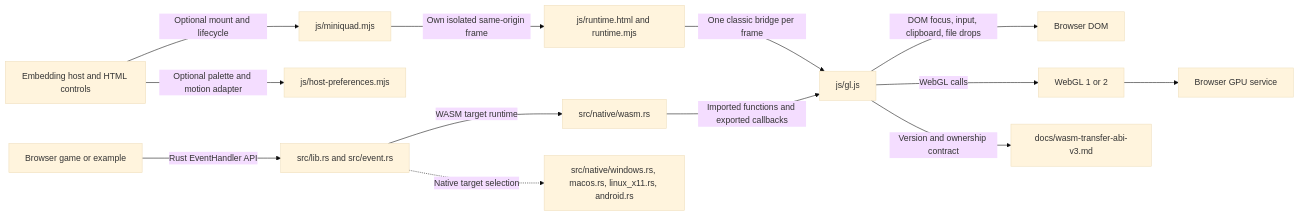
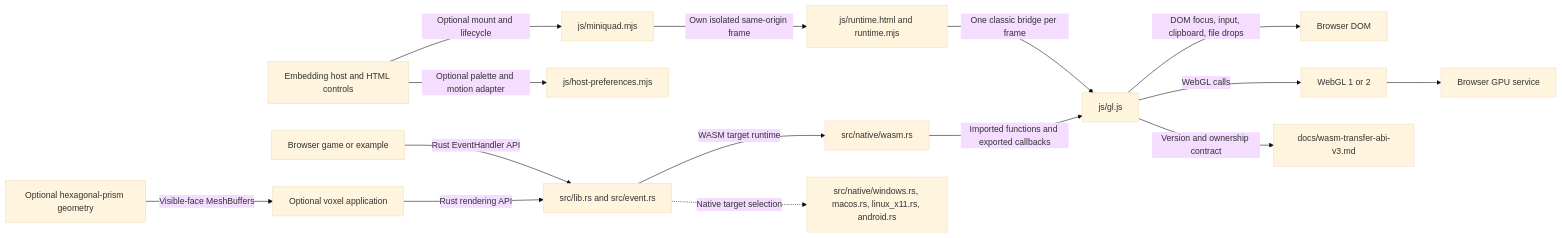
Before and after one commit to Tigon32/miniquad: the diagram in docs/architecture/components.mmd, drawn with Mermaid (base theme). The commit also changed 5 other files, not shown here.

Commit message:
Verify hex mesh boundaries and correct the geometry guide

```diff
--- a/docs/architecture/components.mmd
+++ b/docs/architecture/components.mmd
@@ -1,13 +1,15 @@
 flowchart LR
     Host["Embedding host and HTML controls"] -->|"Optional mount and lifecycle"| Embed["js/miniquad.mjs"]
     Embed -->|"Own isolated same-origin frame"| Runtime["js/runtime.html and runtime.mjs"]
     Runtime -->|"One classic bridge per frame"| Bridge["js/gl.js"]
     Host -->|"Optional palette and motion adapter"| Preferences["js/host-preferences.mjs"]
     App["Browser game or example"] -->|"Rust EventHandler API"| Public["src/lib.rs and src/event.rs"]
+    Hex["Optional hexagonal-prism geometry"] -->|"Visible-face MeshBuffers"| Voxel["Optional voxel application"]
+    Voxel -->|"Rust rendering API"| Public
     Public -->|"WASM target runtime"| Backend["src/native/wasm.rs"]
     Backend -->|"Imported functions and exported callbacks"| Bridge["js/gl.js"]
     Bridge -->|"DOM focus, input, clipboard, file drops"| Browser["Browser DOM"]
     Bridge -->|"WebGL calls"| GL["WebGL 1 or 2"]
     GL --> GPU["Browser GPU service"]
     Public -.->|"Native target selection"| Native["src/native/windows.rs, macos.rs, linux_x11.rs, android.rs"]
     Bridge -->|"Version and ownership contract"| ABI["docs/wasm-transfer-abi-v3.md"]
```
